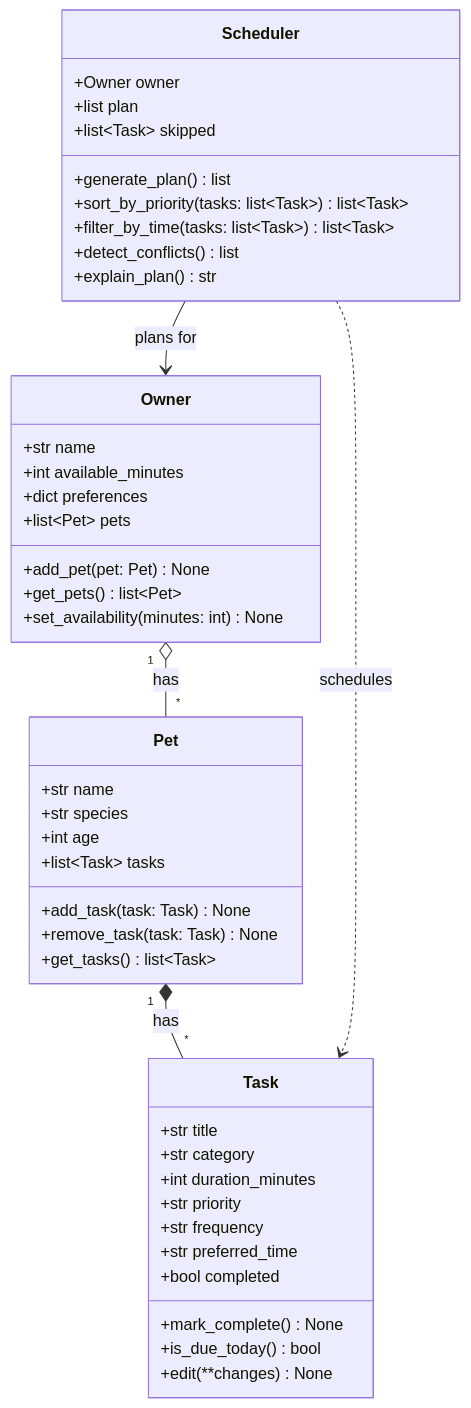
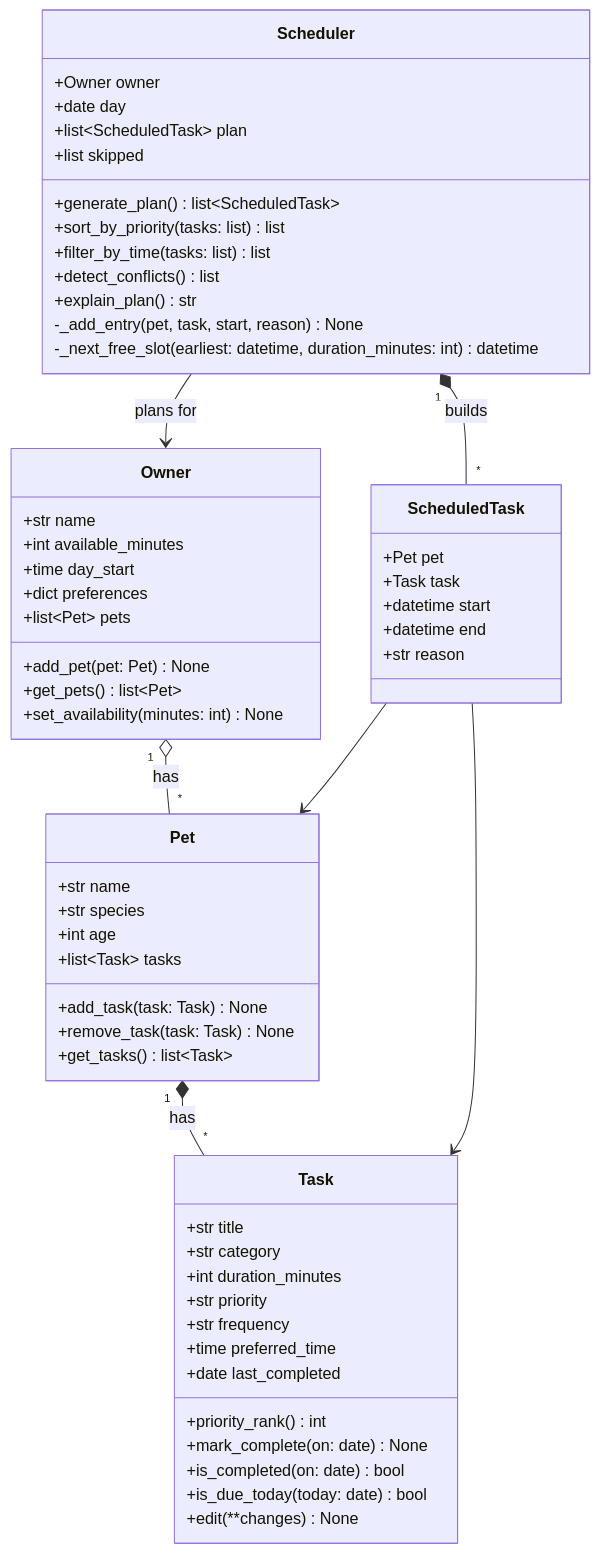
One commit to julian-how1/ai110-module2show-pawpal-starter changed the diagram in diagrams/uml.mmd. Above: the diagram before and after it, drawn with Mermaid. The commit also changed 5 other files, not shown here.

```diff
--- a/diagrams/uml.mmd
+++ b/diagrams/uml.mmd
@@ -1,51 +1,67 @@
 classDiagram
     %% Keep this file updated so it matches your final implementation.
 
     class Owner {
         +str name
         +int available_minutes
+        +time day_start
         +dict preferences
         +list~Pet~ pets
         +add_pet(pet: Pet) None
         +get_pets() list~Pet~
         +set_availability(minutes: int) None
     }
 
     class Pet {
         +str name
         +str species
         +int age
         +list~Task~ tasks
         +add_task(task: Task) None
         +remove_task(task: Task) None
         +get_tasks() list~Task~
     }
 
     class Task {
         +str title
         +str category
         +int duration_minutes
         +str priority
         +str frequency
-        +str preferred_time
-        +bool completed
-        +mark_complete() None
-        +is_due_today() bool
+        +time preferred_time
+        +date last_completed
+        +priority_rank() int
+        +mark_complete(on: date) None
+        +is_completed(on: date) bool
+        +is_due_today(today: date) bool
         +edit(**changes) None
+    }
+
+    class ScheduledTask {
+        +Pet pet
+        +Task task
+        +datetime start
+        +datetime end
+        +str reason
     }
 
     class Scheduler {
         +Owner owner
-        +list plan
-        +list~Task~ skipped
-        +generate_plan() list
-        +sort_by_priority(tasks: list~Task~) list~Task~
-        +filter_by_time(tasks: list~Task~) list~Task~
+        +date day
+        +list~ScheduledTask~ plan
+        +list skipped
+        +generate_plan() list~ScheduledTask~
+        +sort_by_priority(tasks: list) list
+        +filter_by_time(tasks: list) list
         +detect_conflicts() list
         +explain_plan() str
+        -_add_entry(pet, task, start, reason) None
+        -_next_free_slot(earliest: datetime, duration_minutes: int) datetime
     }
 
     Owner "1" o-- "*" Pet : has
     Pet "1" *-- "*" Task : has
     Scheduler --> Owner : plans for
-    Scheduler ..> Task : schedules
+    Scheduler "1" *-- "*" ScheduledTask : builds
+    ScheduledTask --> Pet
+    ScheduledTask --> Task
```
